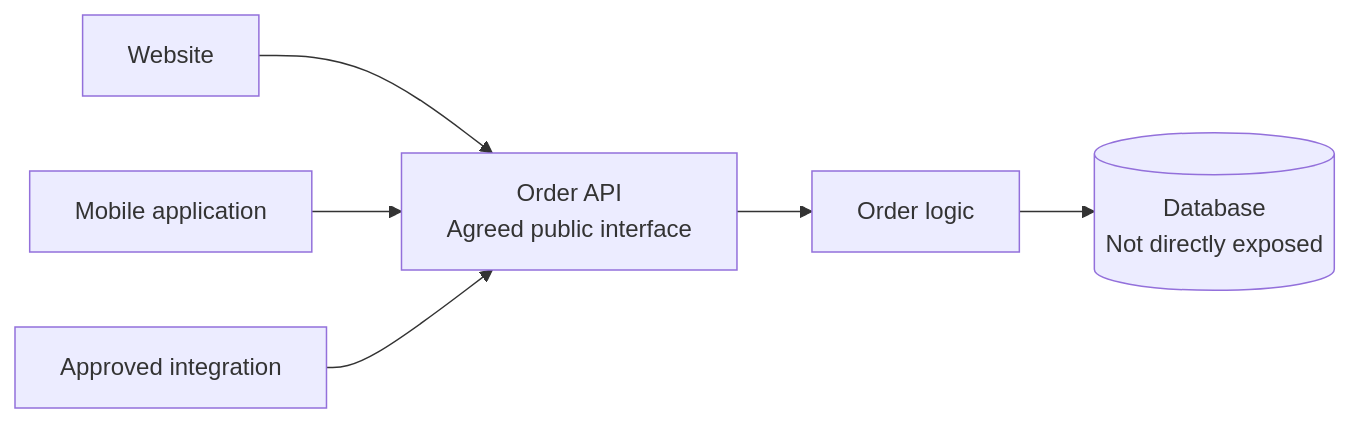
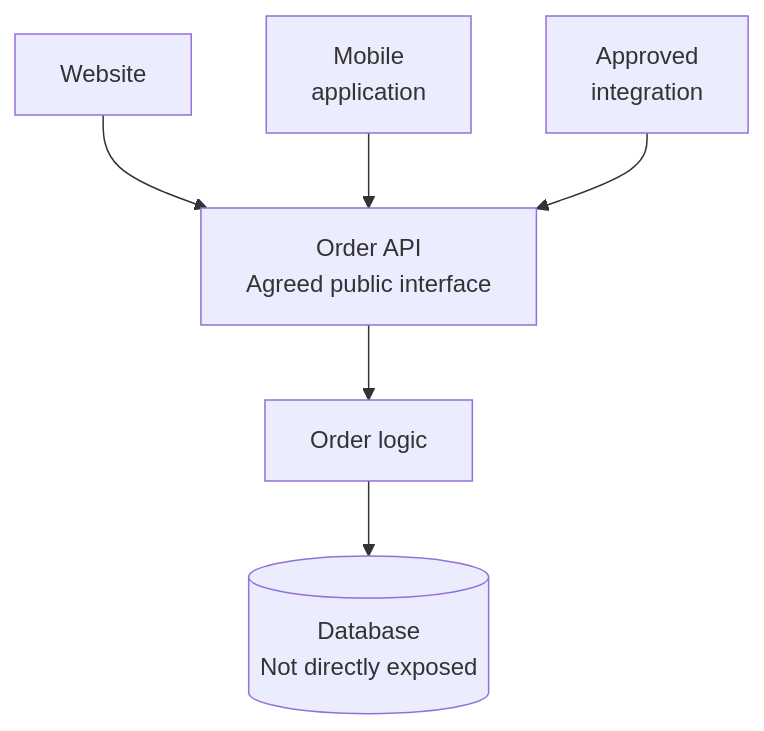
Before and after one commit to alikhawaja/training-plans: the second of 10 diagrams in rest-apis/training-guide.md, drawn with Mermaid. The commit also changed other lines of this file and 1 other file, not shown here.

Commit message:
Improve REST workshop diagram readability

````diff
--- a/rest-apis/training-guide.md
+++ b/rest-apis/training-guide.md
@@ -73,8 +73,8 @@
 ```mermaid
-flowchart LR
+flowchart TB
     W["Website"] --> A["Order API<br/>Agreed public interface"]
-    M["Mobile application"] --> A
-    I["Approved integration"] --> A
+    M["Mobile<br/>application"] --> A
+    I["Approved<br/>integration"] --> A
     A --> L["Order logic"]
     L --> D[("Database<br/>Not directly exposed")]
 ```
````
